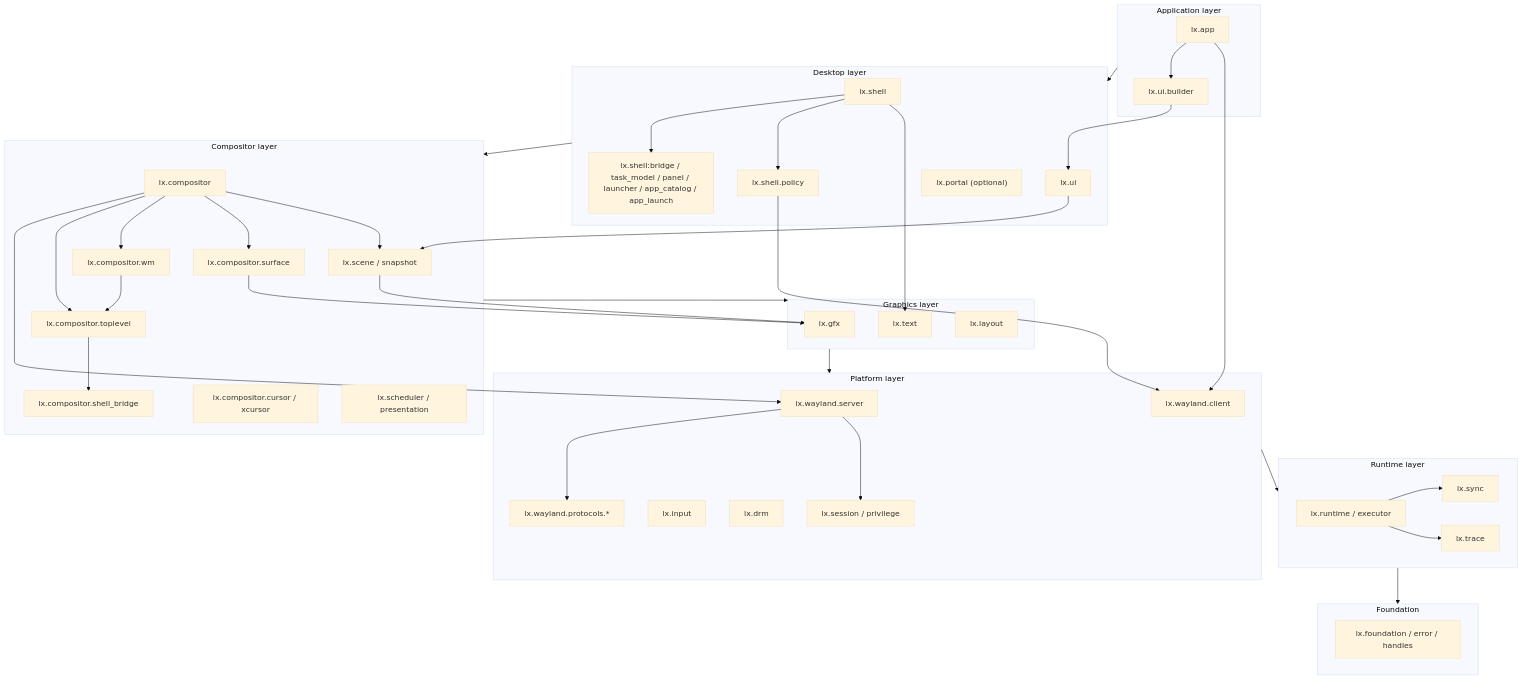
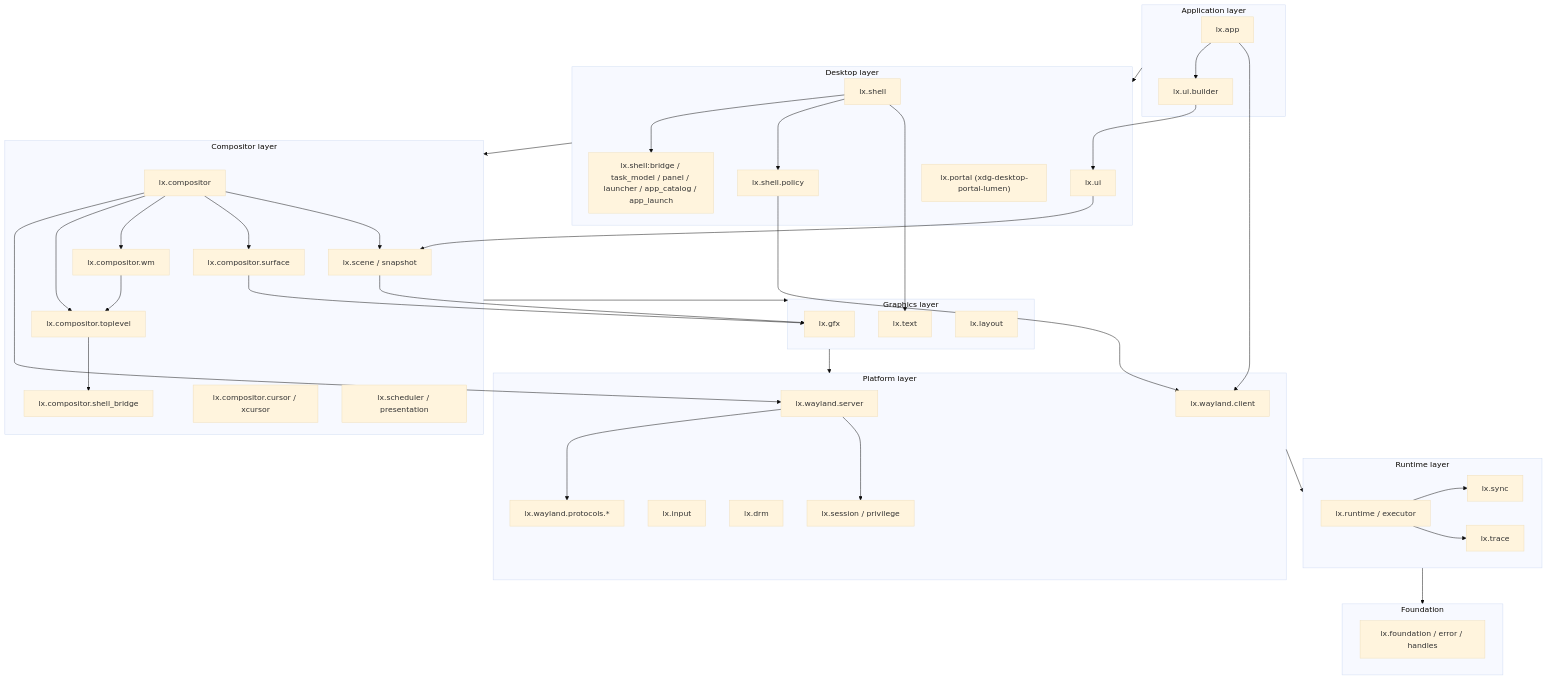
Before and after one commit to dimmus/lumen: the second of 9 diagrams in docs/architecture.md, drawn with Mermaid (base theme). The commit also changed other lines of this file and 151 other files, not shown here.

````diff
--- a/docs/architecture.md
+++ b/docs/architecture.md
@@ -203,72 +215,72 @@
 ```mermaid
 flowchart TB
     subgraph L6["Application layer"]
         APP["lx.app"]
         UIB["lx.ui.builder"]
     end
 
     subgraph L5["Desktop layer"]
         SH["lx.shell"]
         SHB["lx.shell:bridge / task_model / panel / launcher / app_catalog / app_launch"]
         SHP["lx.shell.policy"]
         UI["lx.ui"]
-        PORTAL["lx.portal (optional)"]
+        PORTAL["lx.portal (xdg-desktop-portal-lumen)"]
     end
 
     subgraph L4["Compositor layer"]
         COMP["lx.compositor"]
         CTOP["lx.compositor.toplevel"]
         CWM["lx.compositor.wm"]
         CBR["lx.compositor.shell_bridge"]
         CSURF["lx.compositor.surface"]
         CCUR["lx.compositor.cursor / xcursor"]
         SCENE["lx.scene / snapshot"]
         SCHED["lx.scheduler / presentation"]
     end
 
     subgraph L3["Graphics layer"]
         GFX["lx.gfx"]
         TEXT["lx.text"]
         LAY["lx.layout"]
     end
 
     subgraph L2["Platform layer"]
         WLS["lx.wayland.server"]
         WLC["lx.wayland.client"]
         WLPR["lx.wayland.protocols.*"]
         INP["lx.input"]
         DRM["lx.drm"]
         SESS["lx.session / privilege"]
     end
 
     subgraph L1["Runtime layer"]
         RT["lx.runtime / executor"]
         SYNC["lx.sync"]
         TRACE["lx.trace"]
     end
 
     subgraph L0["Foundation"]
         FOUND["lx.foundation / error / handles"]
     end
 
     APP --> UIB --> UI
     APP --> WLC
     SH --> SHB
     SH --> SHP --> WLC
     SH --> TEXT
     COMP --> WLS --> WLPR
     COMP --> CTOP --> CBR
     COMP --> CWM --> CTOP
     COMP --> CSURF --> GFX
     COMP --> SCENE --> GFX
     UI --> SCENE
     WLS --> SESS
     RT --> SYNC
     RT --> TRACE
     L1 --> L0
     L2 --> L1
     L3 --> L2
     L4 --> L3
     L5 --> L4
     L6 --> L5
 ```
````
